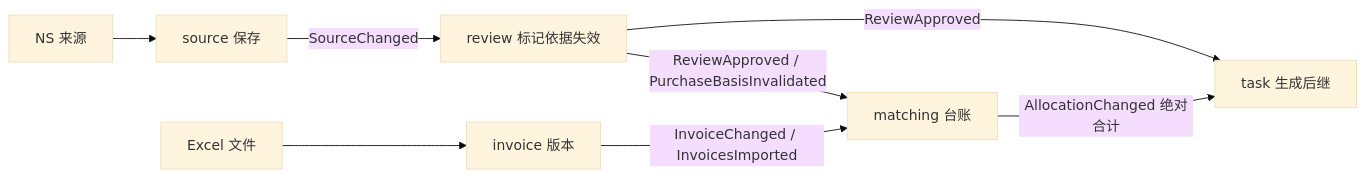
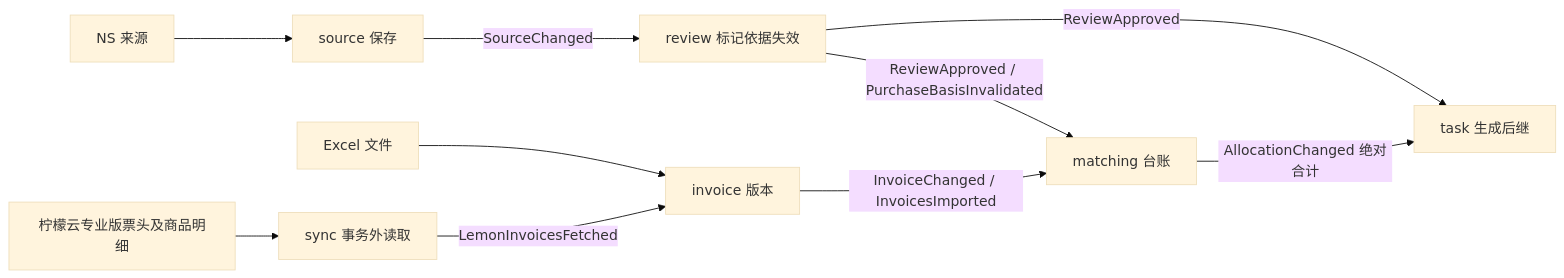
One commit to chen151393-pixel/financial-Invoice-system changed the diagram in docs/system-chain.md. Above: the diagram before and after it, drawn with Mermaid (base theme). The commit also changed other lines of this file and 75 other files, not shown here.

````diff
--- a/docs/system-chain.md
+++ b/docs/system-chain.md
@@ -16,10 +16,12 @@
 ```mermaid
 flowchart LR
   NS[NS 来源] --> S[source 保存]
   S -->|SourceChanged| R[review 标记依据失效]
   R -->|ReviewApproved| T[task 生成后继]
   R -->|ReviewApproved / PurchaseBasisInvalidated| M[matching 台账]
   E[Excel 文件] --> I[invoice 版本]
+  L[柠檬云专业版票头及商品明细] --> SY[sync 事务外读取]
+  SY -->|LemonInvoicesFetched| I
   I -->|InvoiceChanged / InvoicesImported| M
   M -->|AllocationChanged 绝对合计| T
 ```
````
